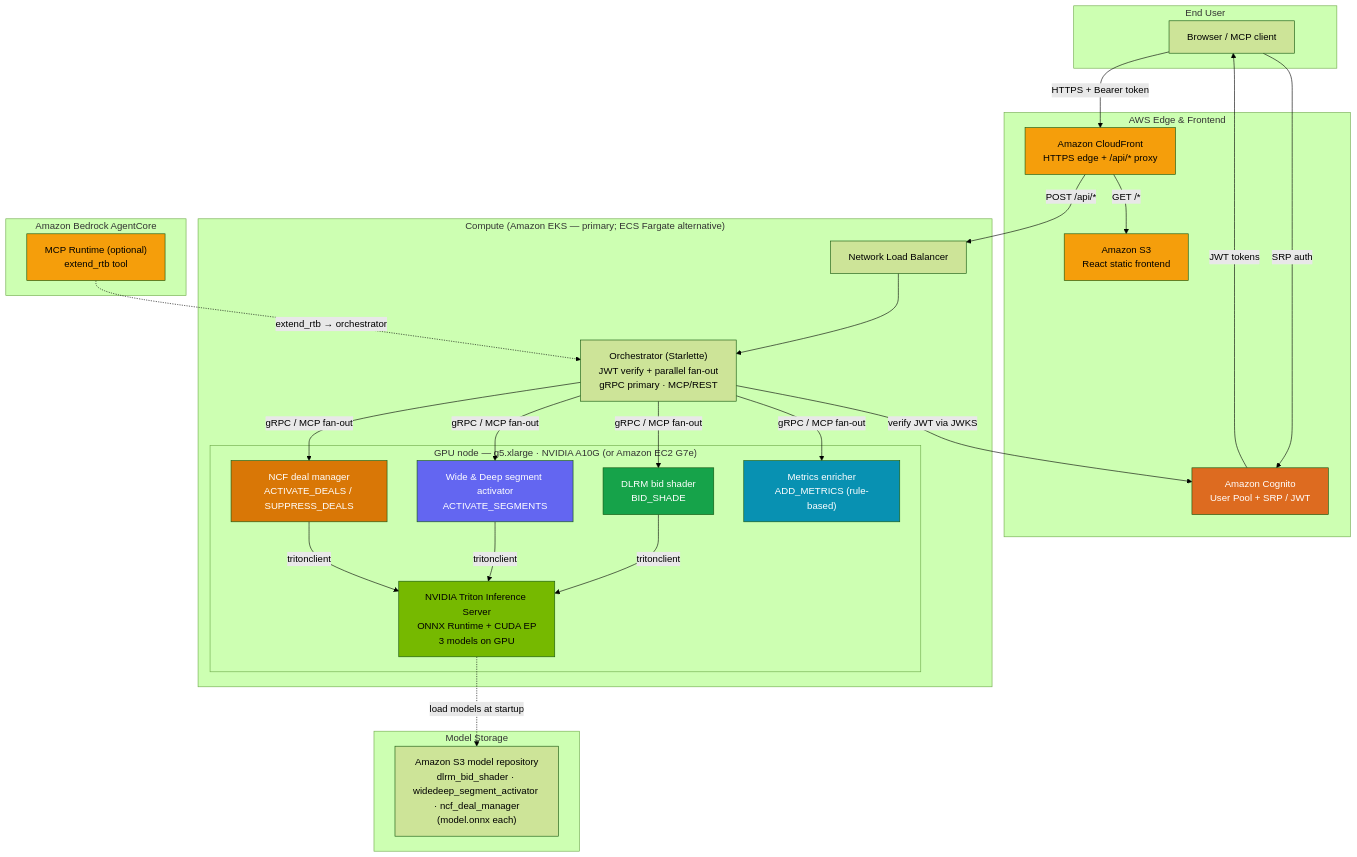
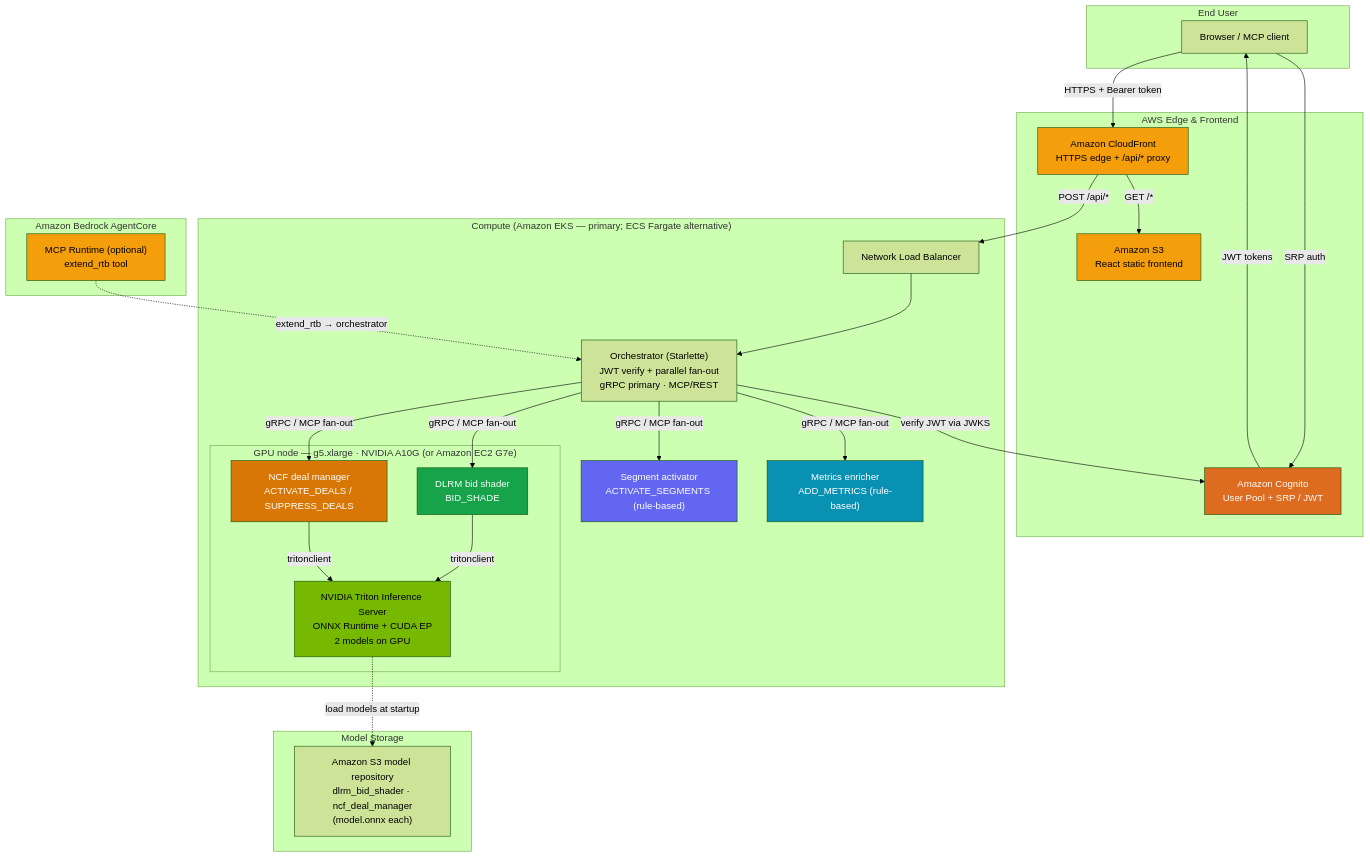
Before and after one commit to aws-solutions-library-samples/guidance-for-accelerator-optimized-agentic-bidding-on-aws: the diagram in assets/images/architecture.md, drawn with Mermaid (forest theme). The commit also changed other lines of this file and 113 other files, not shown here.

````diff
--- a/assets/images/architecture.md
+++ b/assets/images/architecture.md
@@ -50,60 +62,60 @@
 ```mermaid
 graph TB
     subgraph User["End User"]
         Browser["Browser / MCP client"]
     end
 
     subgraph Edge["AWS Edge & Frontend"]
         CF["Amazon CloudFront<br/>HTTPS edge + /api/* proxy"]
         S3F["Amazon S3<br/>React static frontend"]
         COG["Amazon Cognito<br/>User Pool + SRP / JWT"]
     end
 
     subgraph EKS["Compute (Amazon EKS — primary; ECS Fargate alternative)"]
         NLB["Network Load Balancer"]
         ORCH["Orchestrator (Starlette)<br/>JWT verify + parallel fan-out<br/>gRPC primary · MCP/REST"]
 
         subgraph GPU["GPU node — g5.xlarge · NVIDIA A10G (or Amazon EC2 G7e)"]
-            TRITON["NVIDIA Triton Inference Server<br/>ONNX Runtime + CUDA EP<br/>3 models on GPU"]
+            TRITON["NVIDIA Triton Inference Server<br/>ONNX Runtime + CUDA EP<br/>2 models on GPU"]
             DLRM_C["DLRM bid shader<br/>BID_SHADE"]
-            WD_C["Wide & Deep segment activator<br/>ACTIVATE_SEGMENTS"]
             NCF_C["NCF deal manager<br/>ACTIVATE_DEALS / SUPPRESS_DEALS"]
-            MET_C["Metrics enricher<br/>ADD_METRICS (rule-based)"]
         end
+
+        WD_C["Segment activator<br/>ACTIVATE_SEGMENTS (rule-based)"]
+        MET_C["Metrics enricher<br/>ADD_METRICS (rule-based)"]
     end
 
     subgraph Models["Model Storage"]
-        S3M["Amazon S3 model repository<br/>dlrm_bid_shader · widedeep_segment_activator · ncf_deal_manager<br/>(model.onnx each)"]
+        S3M["Amazon S3 model repository<br/>dlrm_bid_shader · ncf_deal_manager<br/>(model.onnx each)"]
     end
 
     subgraph Bedrock["Amazon Bedrock AgentCore"]
         AC["MCP Runtime (optional)<br/>extend_rtb tool"]
     end
 
     Browser -->|"SRP auth"| COG
     COG -->|"JWT tokens"| Browser
     Browser -->|"HTTPS + Bearer token"| CF
     CF -->|"GET /*"| S3F
     CF -->|"POST /api/*"| NLB
     NLB --> ORCH
     ORCH -->|"verify JWT via JWKS"| COG
     ORCH -->|"gRPC / MCP fan-out"| DLRM_C
     ORCH -->|"gRPC / MCP fan-out"| WD_C
     ORCH -->|"gRPC / MCP fan-out"| NCF_C
     ORCH -->|"gRPC / MCP fan-out"| MET_C
     DLRM_C -->|"tritonclient"| TRITON
-    WD_C -->|"tritonclient"| TRITON
     NCF_C -->|"tritonclient"| TRITON
     TRITON -.->|"load models at startup"| S3M
     AC -.->|"extend_rtb → orchestrator"| ORCH
 
     style TRITON fill:#76b900,color:#000
     style DLRM_C fill:#16a34a,color:#fff
     style WD_C fill:#6366f1,color:#fff
     style NCF_C fill:#d97706,color:#fff
     style MET_C fill:#0891b2,color:#fff
     style CF fill:#f59e0b,color:#000
     style S3F fill:#f59e0b,color:#000
     style COG fill:#dd6b20,color:#fff
     style AC fill:#f59e0b,color:#000
 ```
````
